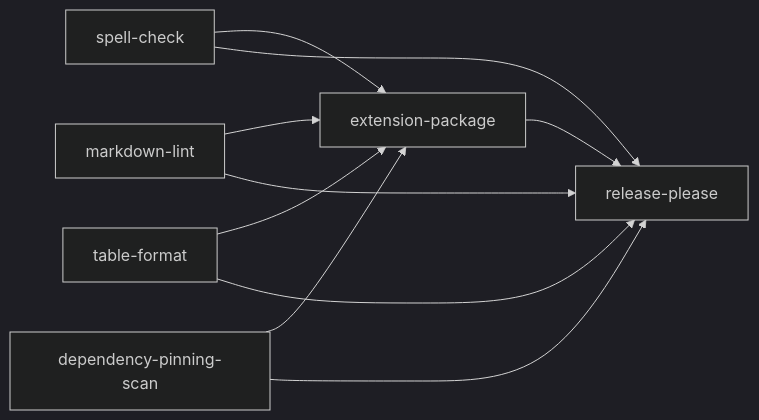
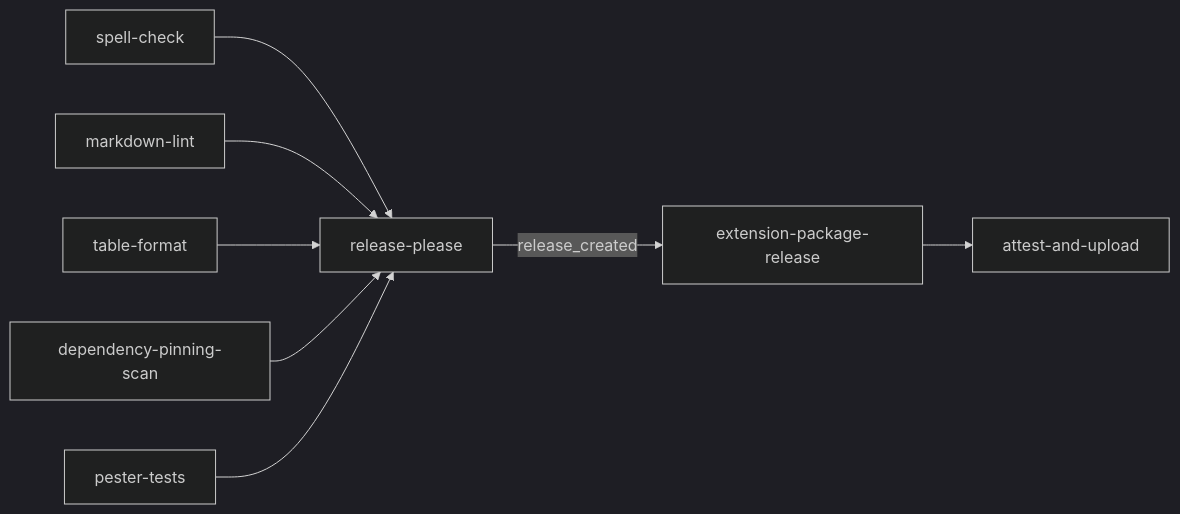
One commit to microsoft/hve-core changed the third of 4 diagrams in docs/architecture/workflows.md. Above: the diagram before and after it, drawn with Mermaid (dark theme). The commit also changed other lines of this file and 2 other files, not shown here.

First line of the commit message:
fix(build): prevent dev-versioned VSIX from release uploads

````diff
--- a/docs/architecture/workflows.md
+++ b/docs/architecture/workflows.md
@@ -127,12 +127,10 @@
 ```mermaid
 flowchart LR
-    V1[spell-check] --> PKG[extension-package]
-    V2[markdown-lint] --> PKG
-    V3[table-format] --> PKG
-    V4[dependency-pinning-scan] --> PKG
-    V1 --> RP[release-please]
-    V2 --> RP
-    V3 --> RP
-    V4 --> RP
-    PKG --> RP
+    V1[spell-check] --> RP[release-please]
+    V2[markdown-lint] --> RP
+    V3[table-format] --> RP
+    V4[dependency-pinning-scan] --> RP
+    V5[pester-tests] --> RP
+    RP -->|release_created| PKG[extension-package-release]
+    PKG --> ATT[attest-and-upload]
 ```
````
